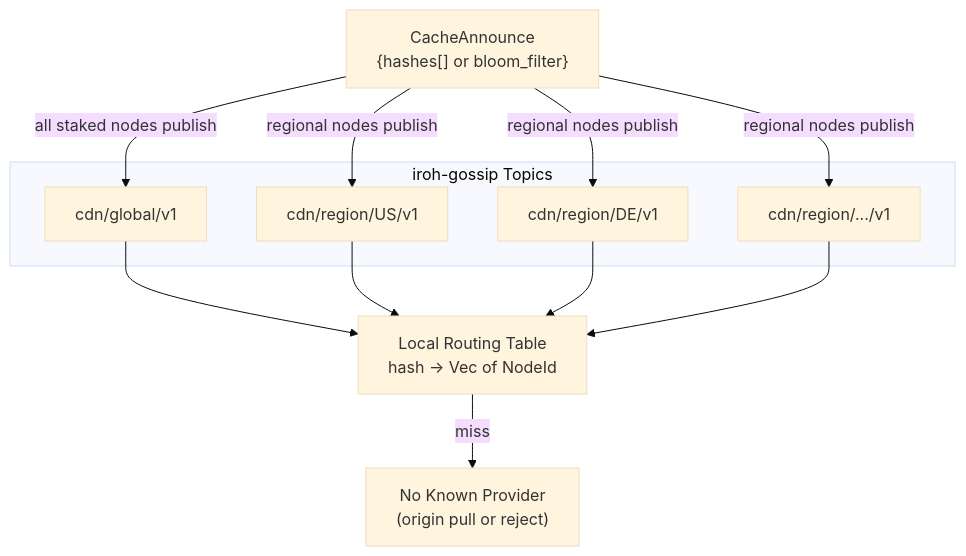
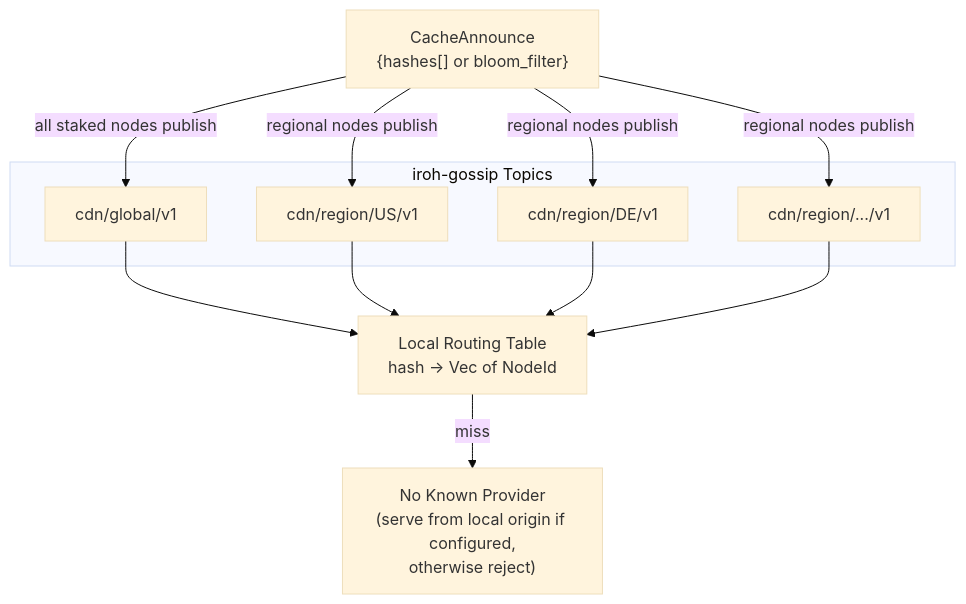
The diagram in adr/001-network.md (decdn/decdn), drawn with Mermaid (base theme) before and after one commit. The commit also changed other lines of this file, not shown here.

````diff
--- a/adr/001-network.md
+++ b/adr/001-network.md
@@ -19,23 +19,23 @@
 ```mermaid
 graph TD
     subgraph Topics["iroh-gossip Topics"]
         GLOBAL["cdn/global/v1"]
         REG_US["cdn/region/US/v1"]
         REG_DE["cdn/region/DE/v1"]
         REG_ETC["cdn/region/.../v1"]
     end
 
     CA["CacheAnnounce<br/>{hashes[] or bloom_filter}"]
 
     CA -->|all staked nodes publish| GLOBAL
     CA -->|regional nodes publish| REG_US
     CA -->|regional nodes publish| REG_DE
     CA -->|regional nodes publish| REG_ETC
 
     GLOBAL --> RT["Local Routing Table<br/>hash -> Vec of NodeId"]
     REG_US --> RT
     REG_DE --> RT
     REG_ETC --> RT
 
-    RT -->|miss| MISS["No Known Provider<br/>(origin pull or reject)"]
+    RT -->|miss| MISS["No Known Provider<br/>(serve from local origin if configured,<br/>otherwise reject)"]
 ```
````
